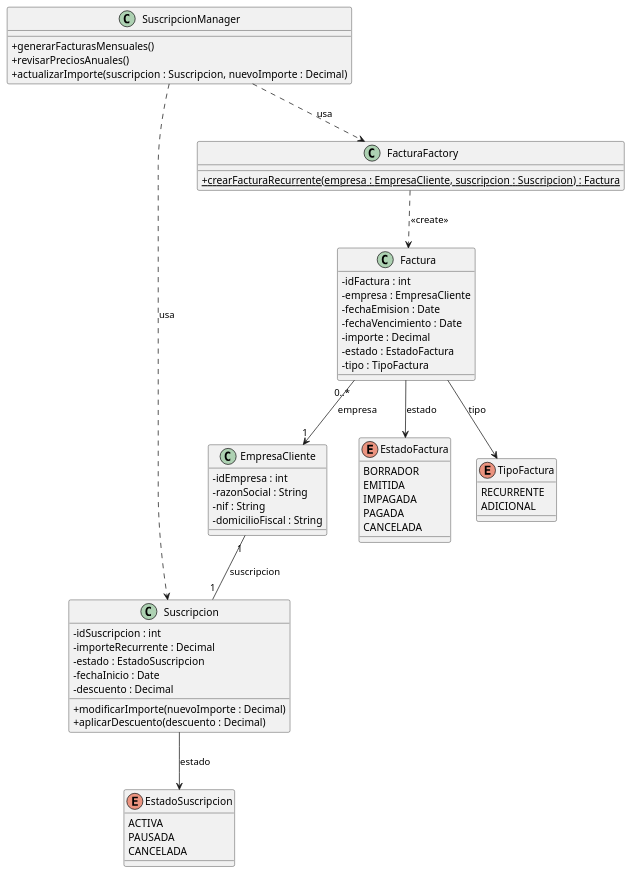
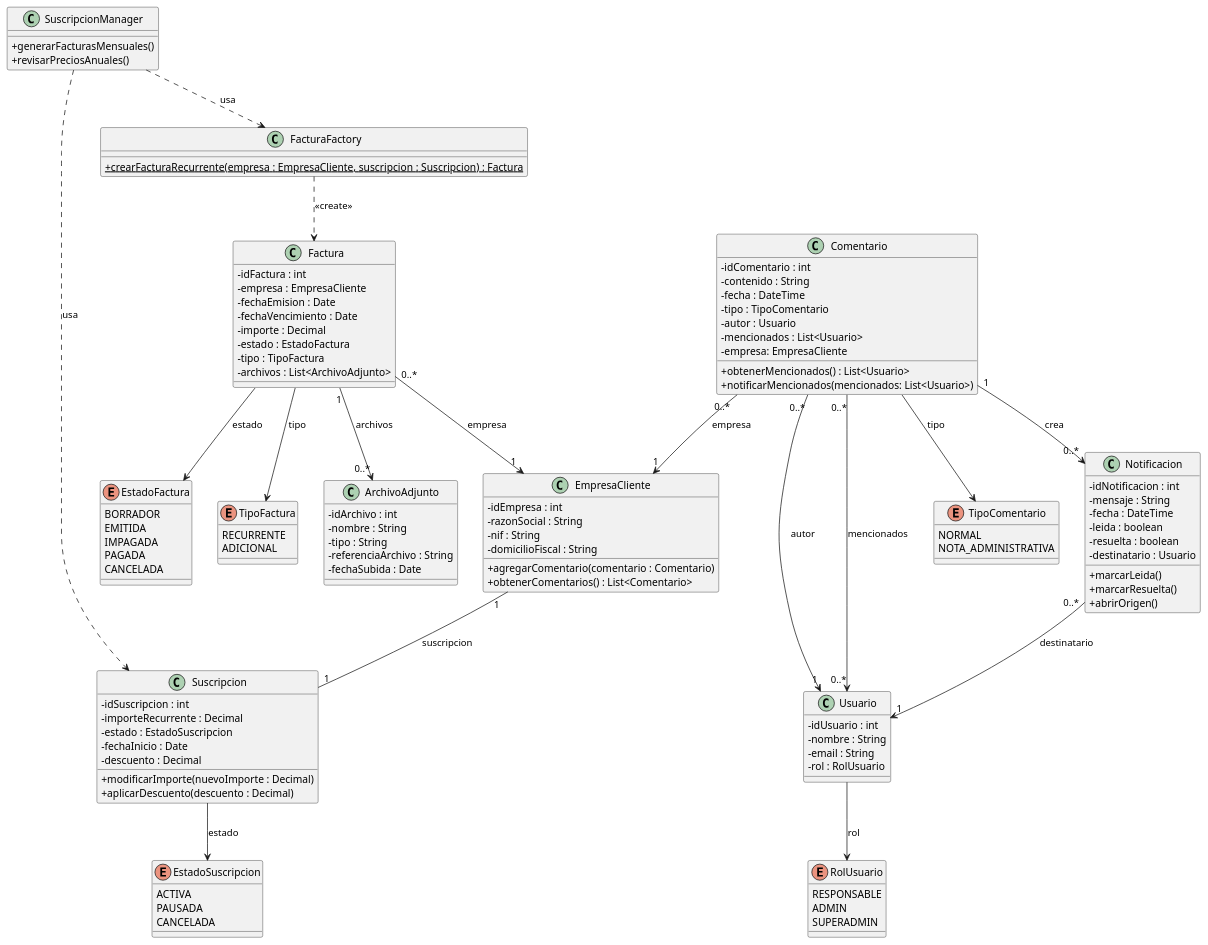
Before and after one commit to Ber4-LC/Project-Hippogang: the diagram in doc/src/diagrama-de-clases.pu, drawn with PlantUML.

Commit message:
Comentarios/Notificaciones

```diff
--- a/doc/src/diagrama-de-clases.pu
+++ b/doc/src/diagrama-de-clases.pu
@@ -1,88 +1,186 @@
 @startuml
-
 skinparam classAttributeIconSize 0
 
+
+
+' =========================================================
+' EMPRESAS
+' =========================================================
 
 class EmpresaCliente {
     - idEmpresa : int
     - razonSocial : String
     - nif : String
     - domicilioFiscal : String
+
+    + agregarComentario(comentario : Comentario)
+    + obtenerComentarios() : List<Comentario>
 }
 
 
 class Suscripcion {
     - idSuscripcion : int
     - importeRecurrente : Decimal
     - estado : EstadoSuscripcion
     - fechaInicio : Date
     - descuento : Decimal
 
     + modificarImporte(nuevoImporte : Decimal)
     + aplicarDescuento(descuento : Decimal)
 }
 
 
 enum EstadoSuscripcion {
     ACTIVA
     PAUSADA
     CANCELADA
 }
 
 
 class SuscripcionManager {
     + generarFacturasMensuales()
     + revisarPreciosAnuales()
-    + actualizarImporte(suscripcion : Suscripcion, nuevoImporte : Decimal)
 }
+
+
+' =========================================================
+' FACTURAS
+' =========================================================
 
 
 class FacturaFactory {
     {static} + crearFacturaRecurrente(empresa : EmpresaCliente, suscripcion : Suscripcion) : Factura
+}
+
+class ArchivoAdjunto {
+    - idArchivo : int
+    - nombre : String
+    - tipo : String
+    - referenciaArchivo : String
+    - fechaSubida : Date
 }
 
 
 class Factura {
     - idFactura : int
     - empresa : EmpresaCliente
     - fechaEmision : Date
     - fechaVencimiento : Date
     - importe : Decimal
     - estado : EstadoFactura
     - tipo : TipoFactura
+    - archivos : List<ArchivoAdjunto>
 }
 
 
 enum EstadoFactura {
     BORRADOR
     EMITIDA
     IMPAGADA
     PAGADA
     CANCELADA
 }
 
-
 enum TipoFactura {
     RECURRENTE
     ADICIONAL
+}
+
+
+' =========================================================
+' USUARIOS
+' =========================================================
+
+class Usuario {
+    - idUsuario : int
+    - nombre : String
+    - email : String
+    - rol : RolUsuario
+}
+
+enum RolUsuario {
+    RESPONSABLE
+    ADMIN
+    SUPERADMIN
+}
+
+
+' =========================================================
+' COMENTARIOS
+' =========================================================
+
+class Comentario {
+    - idComentario : int
+    - contenido : String
+    - fecha : DateTime
+    - tipo : TipoComentario
+    - autor : Usuario
+    - mencionados : List<Usuario>
+    - empresa: EmpresaCliente
+    
+
+    + obtenerMencionados() : List<Usuario>
+    + notificarMencionados(mencionados: List<Usuario>)
+}
+
+enum TipoComentario {
+    NORMAL
+    NOTA_ADMINISTRATIVA
+}
+
+
+' =========================================================
+' NOTIFICACIONES
+' =========================================================
+
+class Notificacion {
+    - idNotificacion : int
+    - mensaje : String
+    - fecha : DateTime
+    - leida : boolean
+    - resuelta : boolean
+    - destinatario : Usuario
+
+    + marcarLeida()
+    + marcarResuelta()
+    + abrirOrigen()
 }
 
 
 ' =========================
 ' RELACIONES
 ' =========================
 
 EmpresaCliente "1" -- "1" Suscripcion : suscripcion
 
 Factura "0..*" --> "1" EmpresaCliente : empresa
 
+
 SuscripcionManager ..> Suscripcion : usa
 SuscripcionManager ..> FacturaFactory : usa
 
 FacturaFactory ..> Factura : <<create>>
 
 Suscripcion --> EstadoSuscripcion : estado
 Factura --> EstadoFactura : estado
 Factura --> TipoFactura : tipo
 
+
+Factura "1" --> "0..*" ArchivoAdjunto : archivos
+
+
+Usuario --> RolUsuario : rol
+
+Comentario "0..*" --> "1" Usuario : autor
+Comentario "0..*" --> "0..*" Usuario : mencionados
+
+Comentario --> TipoComentario : tipo
+
+Notificacion "0..*" --> "1" Usuario : destinatario
+Comentario "1" --> "0..*" Notificacion : crea
+
+Comentario "0..*" --> "1" EmpresaCliente : empresa
+
+
+
 @enduml
```
